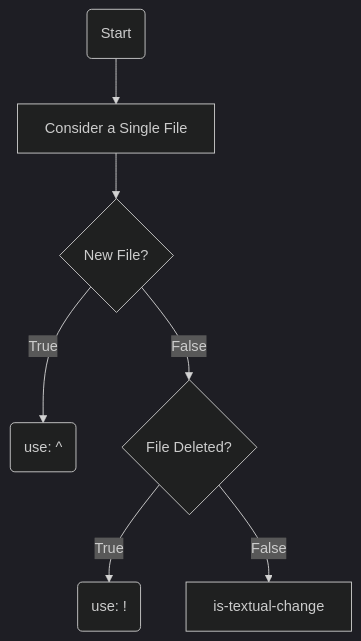
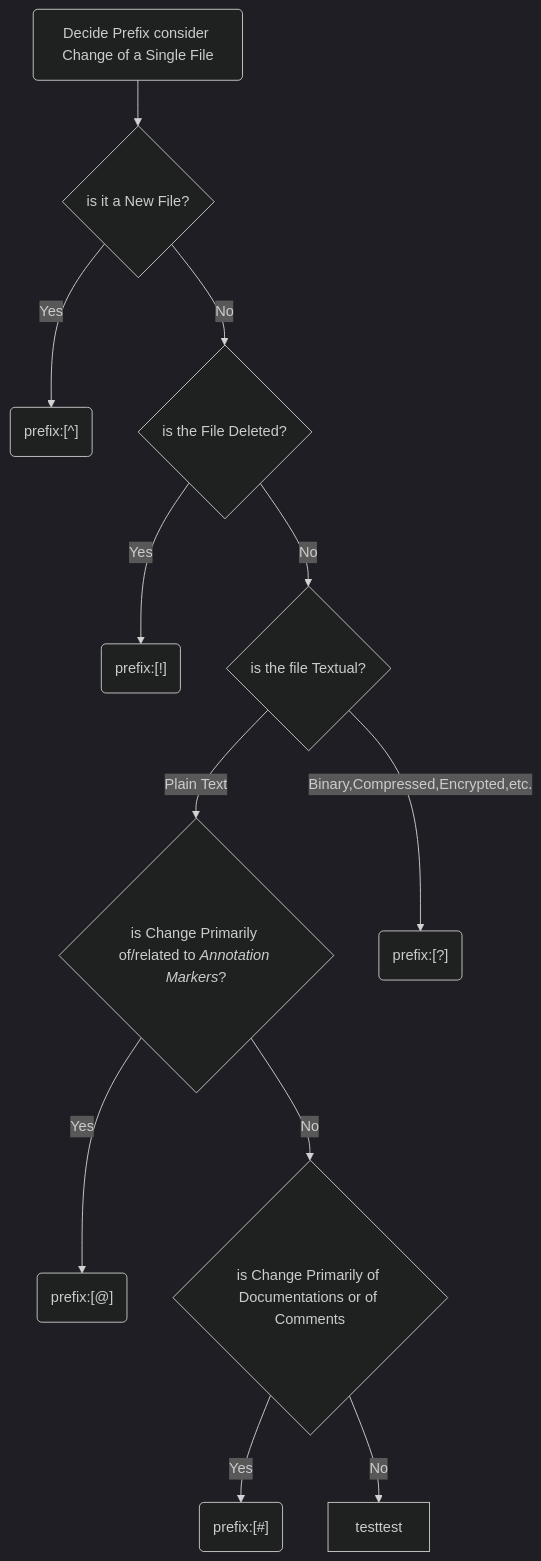
Before and after one commit to kami-lel/kaye-engine: the diagram in kaye/prompt_corpus.md, drawn with Mermaid (dark theme). The commit also changed other lines of this file, not shown here.

First line of the commit message:
update tag definitions docs and flowchart in corpus

````diff
--- a/kaye/prompt_corpus.md
+++ b/kaye/prompt_corpus.md
@@ -1483,9 +1490,14 @@
 ```mermaid
 flowchart TD
-    start(Start) -->consider-single-file[Consider a Single File]
-    consider-single-file --> is-new-file{New File?}
-    is-new-file -->|True| use-caret(use: ^)
-    is-new-file -->|False| is-file-deleted{File Deleted?}
-    is-file-deleted -->|True| use-exclamation-mark(use: !)
-    is-file-deleted-->|False| is-textual-change
+    start(Decide Prefix consider Change of a Single File) --> is-new{is it a New File?}
+    is-new -->|Yes| use-caret("prefix:[^]")
+    is-new -->|No| is-del{is the File Deleted?}
+    is-del -->|Yes| use-exclamation-mark("prefix:[!]")
+    is-del -->|No| is-text{is the file Textual?}
+    is-text -->|Plain Text| is-anno{"`is Change Primarily of/related to *Annotation Markers*?`"}
+    is-text -->|Binary,Compressed,Encrypted,etc.| use-question-mark("prefix:[?]")
+    is-anno -->|Yes| use-at-sign("prefix:[@]")
+    is-anno -->|No| is-doc{is Change Primarily of Documentations or of Comments}
+    is-doc -->|Yes| use-hash-sign("prefix:[#]")
+    is-doc -->|No| testtest
 ```
````
